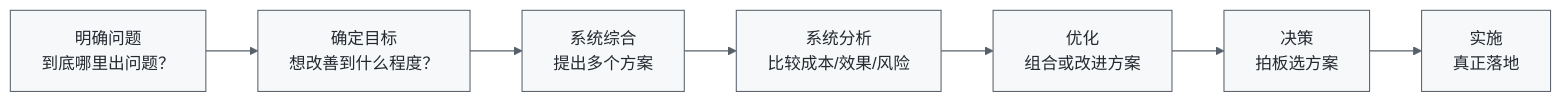
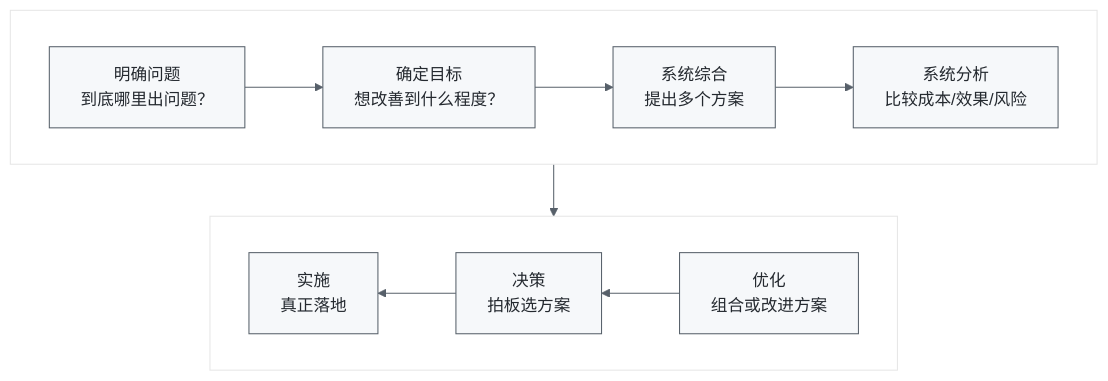
The fourth of 7 diagrams in 01_综合知识/02_系统工程与信息系统基础/02_系统工程方法/霍尔三维结构.md (74262195/system-architect-notes), drawn with Mermaid before and after one commit. The commit also changed other lines of this file and 1 other file, not shown here.

Commit message:
docs: 采用两行折返流程图规则

````diff
--- a/01_综合知识/02_系统工程与信息系统基础/02_系统工程方法/霍尔三维结构.md
+++ b/01_综合知识/02_系统工程与信息系统基础/02_系统工程方法/霍尔三维结构.md
@@ -308,10 +314,16 @@
 ```mermaid
 %%{init: {"theme":"base","themeVariables":{"fontSize":"16px","primaryColor":"#f6f8fa","primaryTextColor":"#24292f","primaryBorderColor":"#57606a","lineColor":"#57606a","secondaryColor":"#ffffff","tertiaryColor":"#ffffff","edgeLabelBackground":"#ffffff"}}}%%
-flowchart LR
-    A["明确问题<br/>到底哪里出问题？"] --> B["确定目标<br/>想改善到什么程度？"]
-    B --> C["系统综合<br/>提出多个方案"]
-    C --> D["系统分析<br/>比较成本/效果/风险"]
+flowchart TB
+    subgraph top[" "]
+        direction LR
+        A["明确问题<br/>到底哪里出问题？"] --> B["确定目标<br/>想改善到什么程度？"]
+        B --> C["系统综合<br/>提出多个方案"]
+        C --> D["系统分析<br/>比较成本/效果/风险"]
+    end
     D --> E["优化<br/>组合或改进方案"]
-    E --> F["决策<br/>拍板选方案"]
-    F --> G["实施<br/>真正落地"]
+    subgraph bottom[" "]
+        direction RL
+        E --> F["决策<br/>拍板选方案"]
+        F --> G["实施<br/>真正落地"]
+    end
 ```
````
